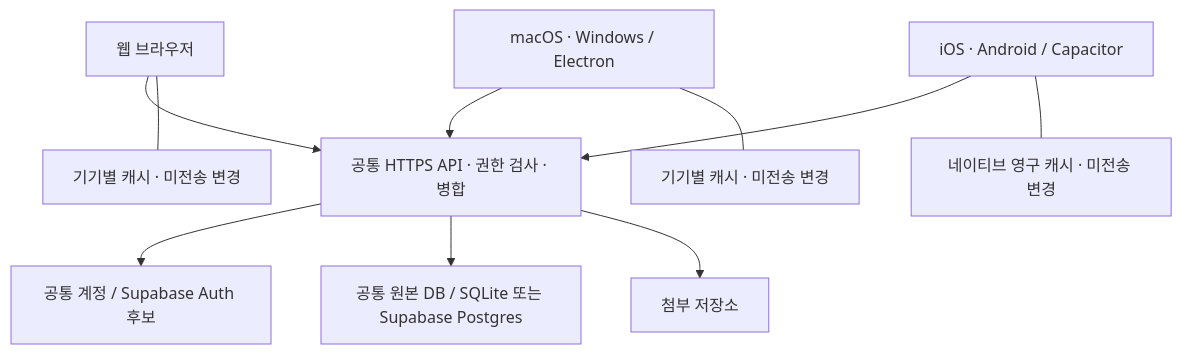
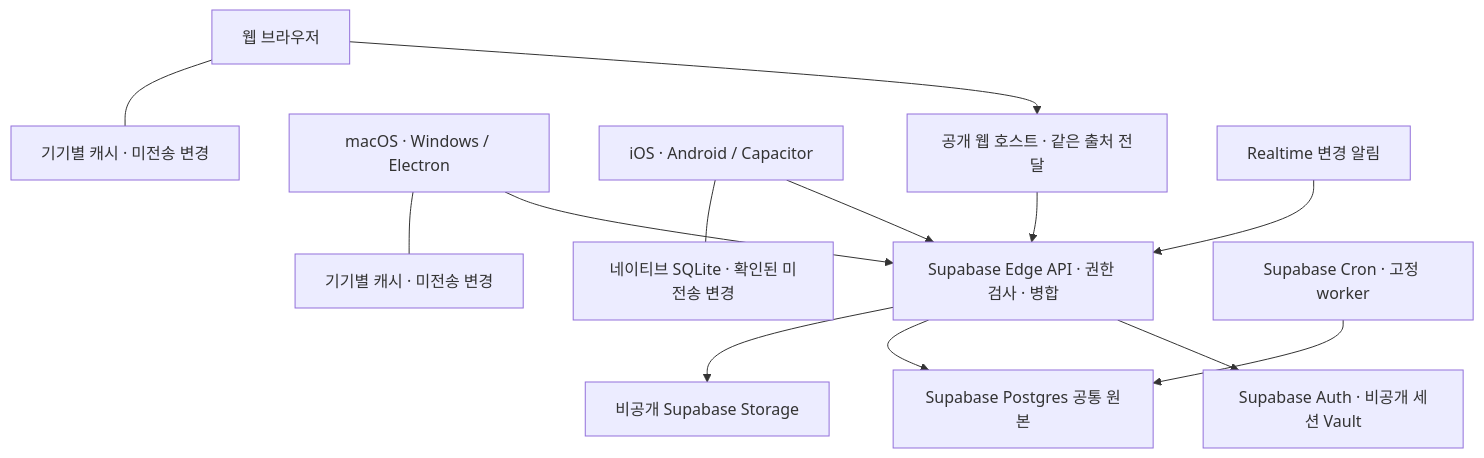
One commit to hooni-dev-0104/fountain changed the diagram in docs/PLATFORMS.md. Above: the diagram before and after it, drawn with Mermaid. The commit also changed other lines of this file and 2 other files, not shown here.

````diff
--- a/docs/PLATFORMS.md
+++ b/docs/PLATFORMS.md
@@ -29,12 +29,15 @@
 ```mermaid
 flowchart TD
-  W[웹 브라우저] --> API[공통 HTTPS API · 권한 검사 · 병합]
+  W[웹 브라우저] --> HOST[공개 웹 호스트 · 같은 출처 전달]
+  HOST --> API[Supabase Edge API · 권한 검사 · 병합]
   D[macOS · Windows / Electron] --> API
   M[iOS · Android / Capacitor] --> API
   W --- WC[기기별 캐시 · 미전송 변경]
   D --- DC[기기별 캐시 · 미전송 변경]
-  M --- MC[네이티브 영구 캐시 · 미전송 변경]
-  API --> AUTH[공통 계정 / Supabase Auth 후보]
-  API --> DB[공통 원본 DB / SQLite 또는 Supabase Postgres]
-  API --> FILES[첨부 저장소]
+  M --- MC[네이티브 SQLite · 확인된 미전송 변경]
+  API --> AUTH[Supabase Auth · 비공개 세션 Vault]
+  API --> DB[Supabase Postgres 공통 원본]
+  API --> FILES[비공개 Supabase Storage]
+  CRON[Supabase Cron · 고정 worker] --> DB
+  RT[Realtime 변경 알림] --> API
 ```
````
